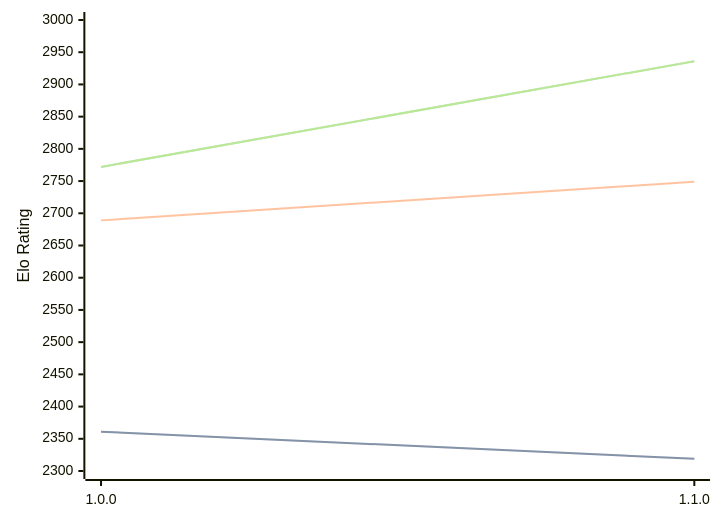
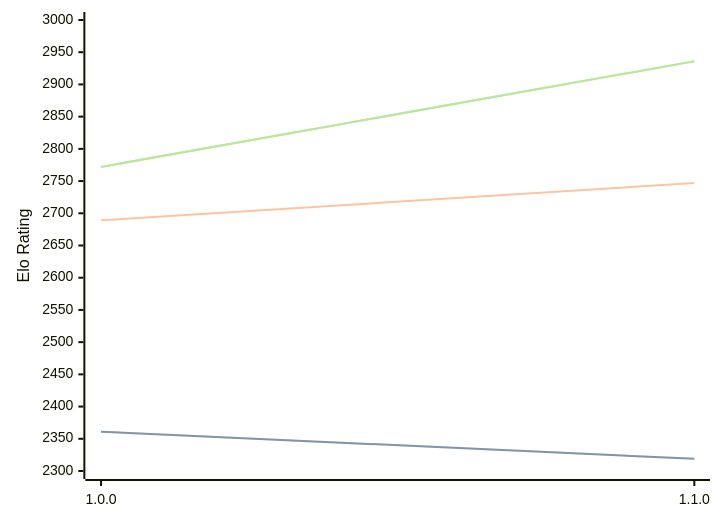
One commit to computer-chess-index/cci changed the diagram in engines/ShallowGuess.md. Above: the diagram before and after it, drawn with Mermaid. The commit also changed other lines of this file, not shown here.

````diff
--- a/engines/ShallowGuess.md
+++ b/engines/ShallowGuess.md
@@ -36,11 +36,11 @@
 ```mermaid
 %%{init: {"theme":"base","themeVariables":{"seriesColors:['#a3a3a3','#222221','#faa371']}}}%%
 xychart-beta
   x-axis ["1.0.0", "1.1.0"]
   y-axis "Elo Rating" 2300 --> 3000
   line "STC (8.0+0.08s)" [2361, 2319]
   line "STC (8.0+0.08s)" [2361, 2319]
-  line "LTC (60.0+0.60s)" [2689, 2749]
+  line "LTC (60.0+0.60s)" [2689, 2747]
   line "VLTC (2m24s+1.12s)" [2772, 2936]
   line "VLTC (2m24s+1.12s)" [2772, 2936]
 ```
````
